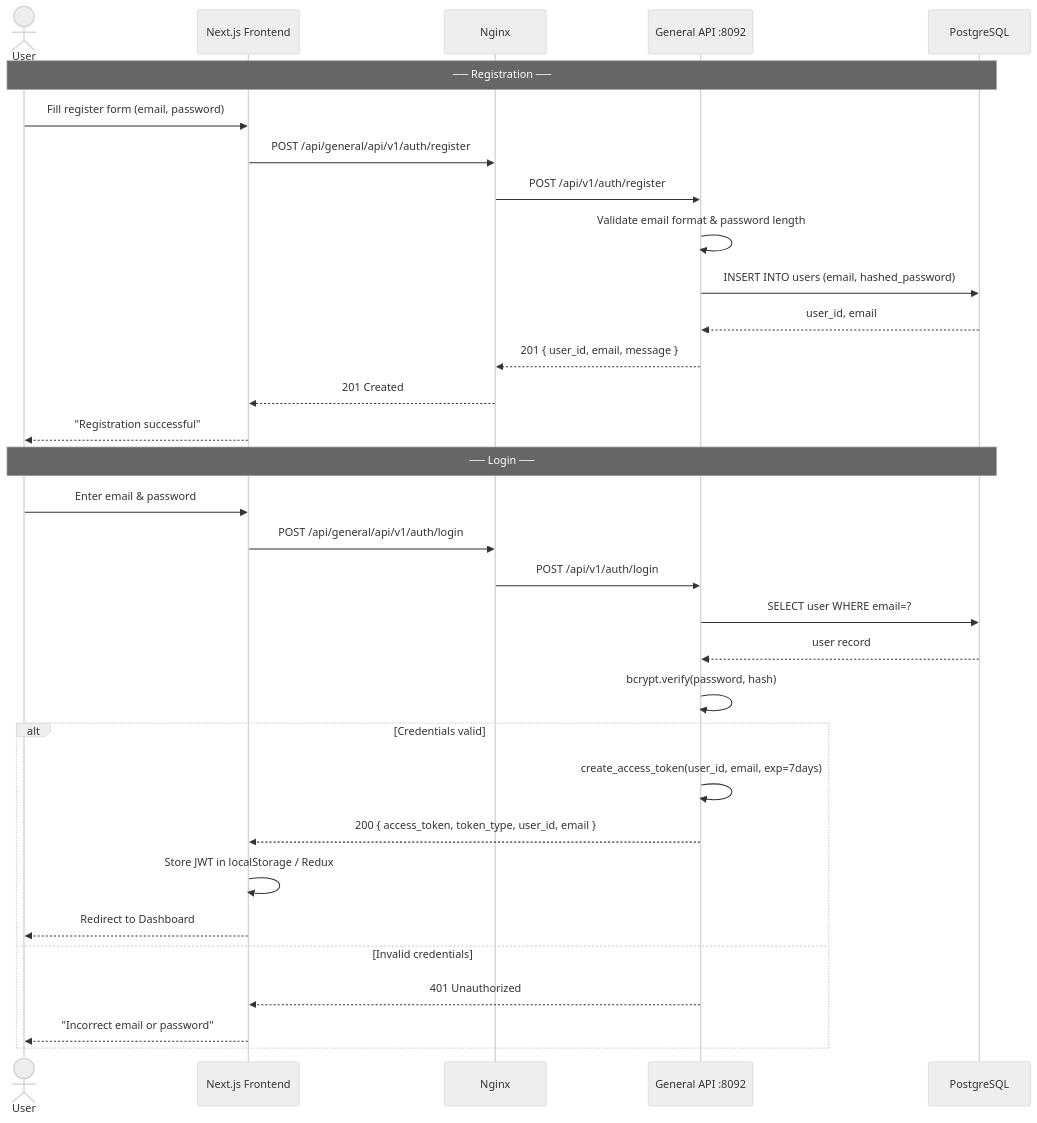
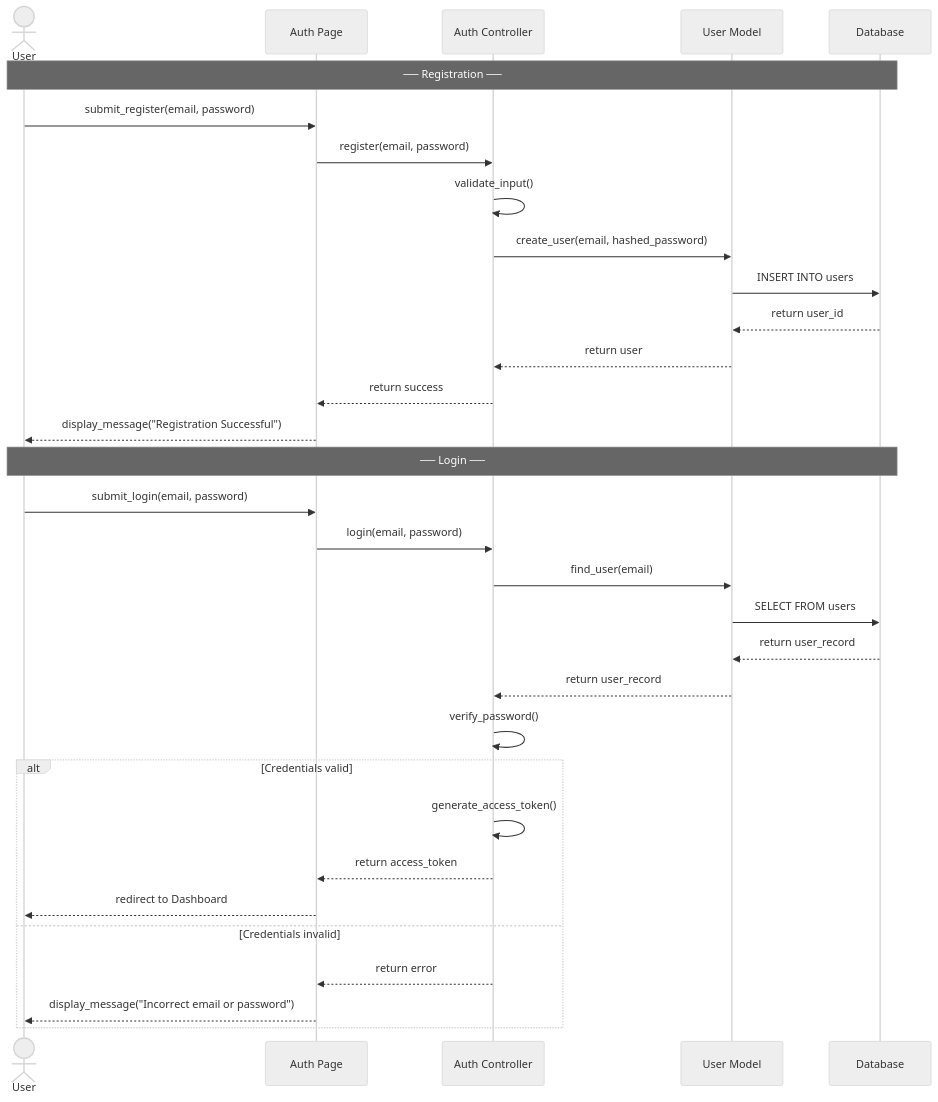
One commit to Tanaphat-Ken/ALPR-V2 changed the second of 18 diagrams in SYSTEM_DIAGRAMS.md. Above: the diagram before and after it, drawn with Mermaid (neutral theme). The commit also changed other lines of this file, not shown here.

First line of the commit message:
docs: rewrite SYSTEM_DIAGRAMS.md with component-level sequence diagrams

````diff
--- a/SYSTEM_DIAGRAMS.md
+++ b/SYSTEM_DIAGRAMS.md
@@ -151,36 +167,36 @@
 ```mermaid
 sequenceDiagram
     actor User
-    participant FE as Next.js Frontend
-    participant Nginx
-    participant GenAPI as General API :8092
-    participant DB as PostgreSQL
+    participant AuthPage as Auth Page
+    participant AuthController as Auth Controller
+    participant UserModel as User Model
+    participant DB as Database
 
     Note over User,DB: ── Registration ──
-    User->>FE: Fill register form (email, password)
-    FE->>Nginx: POST /api/general/api/v1/auth/register
-    Nginx->>GenAPI: POST /api/v1/auth/register
-    GenAPI->>GenAPI: Validate email format & password length
-    GenAPI->>DB: INSERT INTO users (email, hashed_password)
-    DB-->>GenAPI: user_id, email
-    GenAPI-->>Nginx: 201 { user_id, email, message }
-    Nginx-->>FE: 201 Created
-    FE-->>User: "Registration successful"
+    User->>AuthPage: submit_register(email, password)
+    AuthPage->>AuthController: register(email, password)
+    AuthController->>AuthController: validate_input()
+    AuthController->>UserModel: create_user(email, hashed_password)
+    UserModel->>DB: INSERT INTO users
+    DB-->>UserModel: return user_id
+    UserModel-->>AuthController: return user
+    AuthController-->>AuthPage: return success
+    AuthPage-->>User: display_message("Registration Successful")
 
     Note over User,DB: ── Login ──
-    User->>FE: Enter email & password
-    FE->>Nginx: POST /api/general/api/v1/auth/login
-    Nginx->>GenAPI: POST /api/v1/auth/login
-    GenAPI->>DB: SELECT user WHERE email=?
-    DB-->>GenAPI: user record
-    GenAPI->>GenAPI: bcrypt.verify(password, hash)
+    User->>AuthPage: submit_login(email, password)
+    AuthPage->>AuthController: login(email, password)
+    AuthController->>UserModel: find_user(email)
+    UserModel->>DB: SELECT FROM users
+    DB-->>UserModel: return user_record
+    UserModel-->>AuthController: return user_record
+    AuthController->>AuthController: verify_password()
     alt Credentials valid
-        GenAPI->>GenAPI: create_access_token(user_id, email, exp=7days)
-        GenAPI-->>FE: 200 { access_token, token_type, user_id, email }
-        FE->>FE: Store JWT in localStorage / Redux
-        FE-->>User: Redirect to Dashboard
-    else Invalid credentials
-        GenAPI-->>FE: 401 Unauthorized
-        FE-->>User: "Incorrect email or password"
+        AuthController->>AuthController: generate_access_token()
+        AuthController-->>AuthPage: return access_token
+        AuthPage-->>User: redirect to Dashboard
+    else Credentials invalid
+        AuthController-->>AuthPage: return error
+        AuthPage-->>User: display_message("Incorrect email or password")
     end
 ```
````
